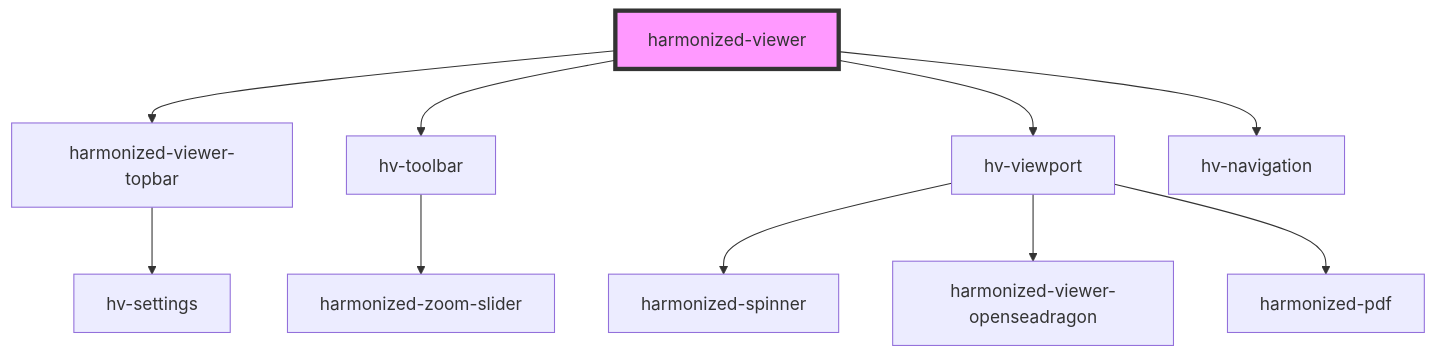
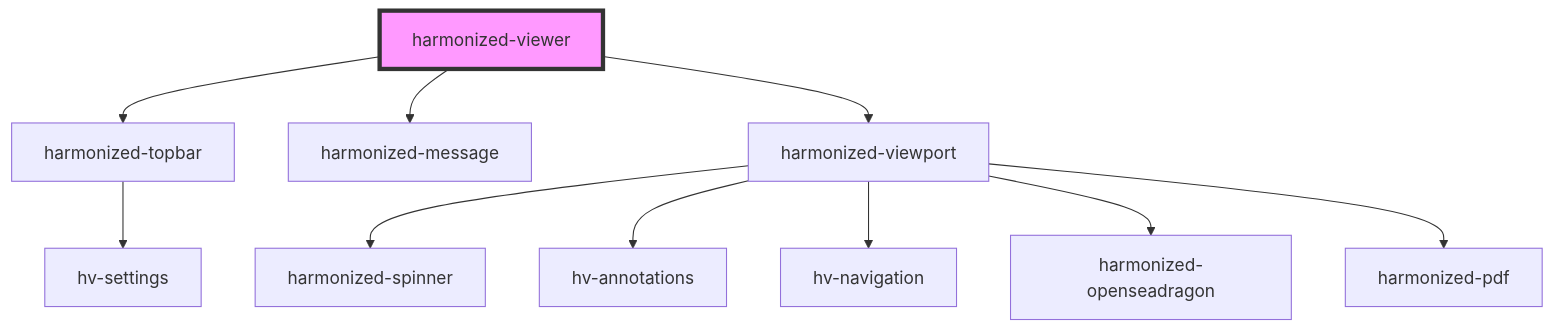
Before and after one commit to bac-lac/lac-harmonized-viewer: the diagram in src/components/viewer-component/readme.md, drawn with Mermaid. The commit also changed other lines of this file and 19 other files, not shown here.

````diff
--- a/src/components/viewer-component/readme.md
+++ b/src/components/viewer-component/readme.md
@@ -44,13 +29,13 @@
 ```mermaid
 graph TD;
-  harmonized-viewer --> harmonized-viewer-topbar
-  harmonized-viewer --> hv-toolbar
-  harmonized-viewer --> hv-viewport
-  harmonized-viewer --> hv-navigation
-  harmonized-viewer-topbar --> hv-settings
-  hv-toolbar --> harmonized-zoom-slider
-  hv-viewport --> harmonized-spinner
-  hv-viewport --> harmonized-viewer-openseadragon
-  hv-viewport --> harmonized-pdf
+  harmonized-viewer --> harmonized-topbar
+  harmonized-viewer --> harmonized-message
+  harmonized-viewer --> harmonized-viewport
+  harmonized-topbar --> hv-settings
+  harmonized-viewport --> harmonized-spinner
+  harmonized-viewport --> hv-annotations
+  harmonized-viewport --> hv-navigation
+  harmonized-viewport --> harmonized-openseadragon
+  harmonized-viewport --> harmonized-pdf
   style harmonized-viewer fill:#f9f,stroke:#333,stroke-width:4px
 ```
````
